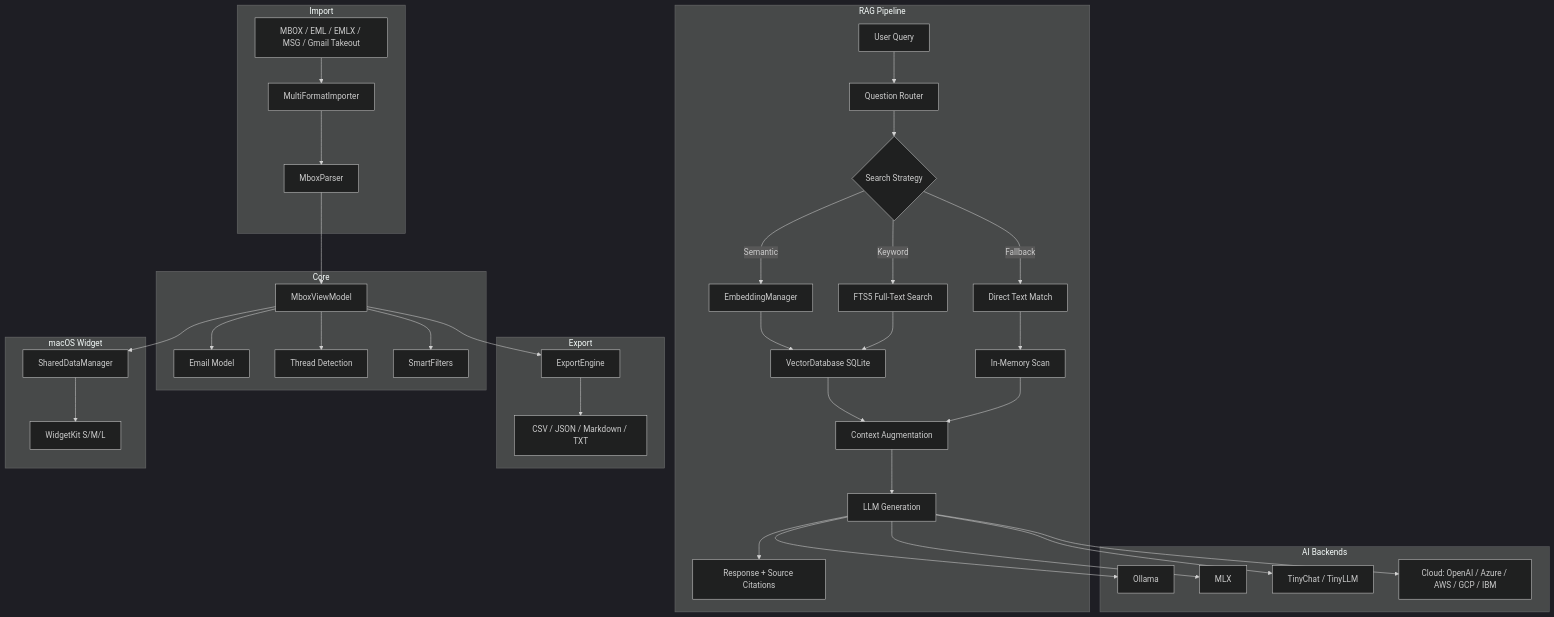
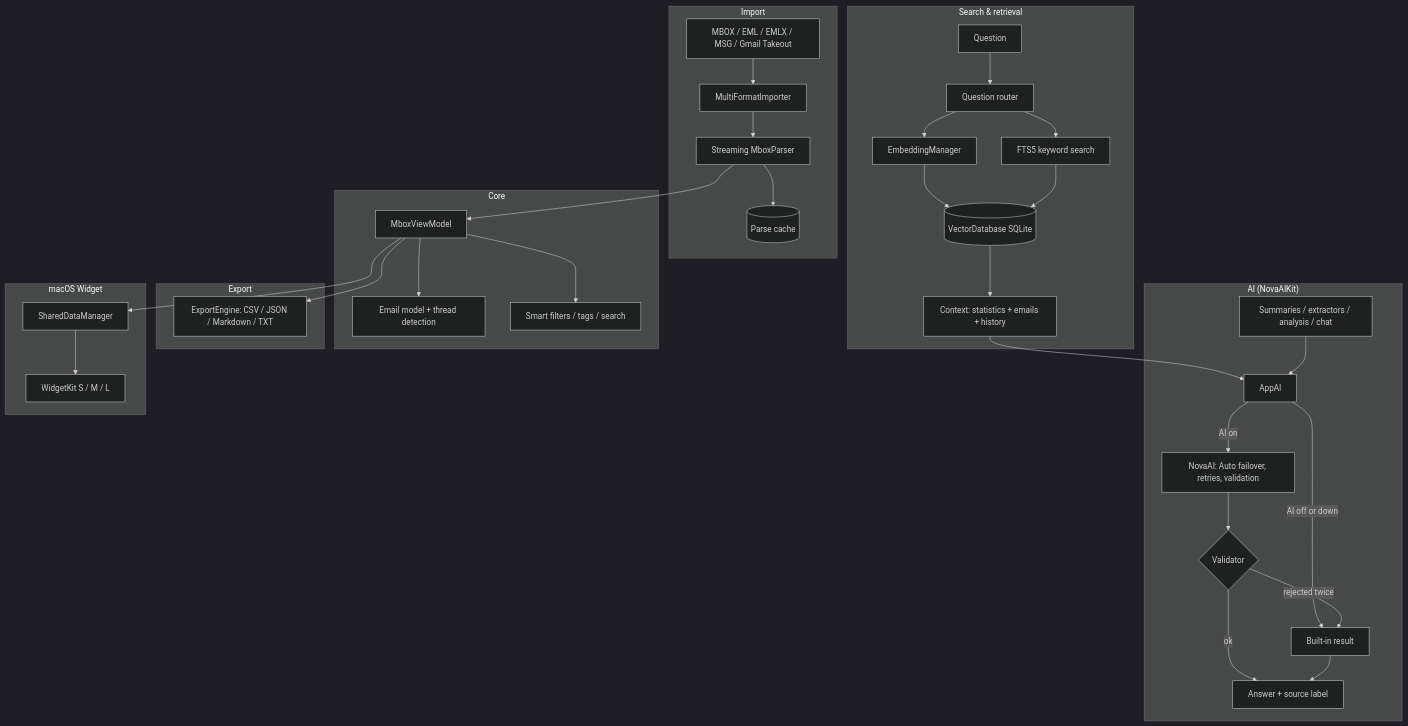
The first of 2 diagrams in README.md (kochj23/MBox-Explorer), drawn with Mermaid (dark theme) before and after one commit. The commit also changed other lines of this file and 9 other files, not shown here.

````diff
--- a/README.md
+++ b/README.md
@@ -19,46 +24,42 @@
 ```mermaid
 graph TD
     subgraph Import
         A[MBOX / EML / EMLX / MSG / Gmail Takeout] --> B[MultiFormatImporter]
-        B --> C[MboxParser]
+        B --> C[Streaming MboxParser]
+        C --> CA[(Parse cache)]
     end
 
     subgraph Core
         C --> D[MboxViewModel]
-        D --> E[Email Model]
-        D --> F[Thread Detection]
-        D --> G[SmartFilters]
+        D --> E[Email model + thread detection]
+        D --> G[Smart filters / tags / search]
     end
 
-    subgraph RAG["RAG Pipeline"]
-        H[User Query] --> I[Question Router]
-        I --> J{Search Strategy}
-        J -->|Semantic| K[EmbeddingManager]
-        J -->|Keyword| L[FTS5 Full-Text Search]
-        J -->|Fallback| M[Direct Text Match]
-        K --> N[VectorDatabase SQLite]
+    subgraph Search["Search & retrieval"]
+        H[Question] --> I[Question router]
+        I --> K[EmbeddingManager]
+        I --> L[FTS5 keyword search]
+        K --> N[(VectorDatabase SQLite)]
         L --> N
-        M --> O[In-Memory Scan]
-        N --> P[Context Augmentation]
-        O --> P
-        P --> Q[LLM Generation]
-        Q --> R[Response + Source Citations]
+        N --> P[Context: statistics + emails + history]
     end
 
-    subgraph Backends["AI Backends"]
-        Q --> S[Ollama]
-        Q --> T[MLX]
-        Q --> U[TinyChat / TinyLLM]
-        Q --> V[Cloud: OpenAI / Azure / AWS / GCP / IBM]
+    subgraph AI["AI (NovaAIKit)"]
+        P --> AA[AppAI]
+        F1[Summaries / extractors / analysis / chat] --> AA
+        AA -->|AI on| NK[NovaAI: Auto failover, retries, validation]
+        AA -->|AI off or down| FB[Built-in result]
+        NK --> V{Validator}
+        V -->|ok| OUT[Answer + source label]
+        V -->|rejected twice| FB
+        FB --> OUT
     end
 
     subgraph Export
-        D --> W[ExportEngine]
-        W --> X[CSV / JSON / Markdown / TXT]
+        D --> W[ExportEngine: CSV / JSON / Markdown / TXT]
     end
 
     subgraph Widget["macOS Widget"]
-        D --> Y[SharedDataManager]
-        Y --> Z[WidgetKit S/M/L]
+        D --> Y[SharedDataManager] --> Z[WidgetKit S / M / L]
     end
 ```
````
